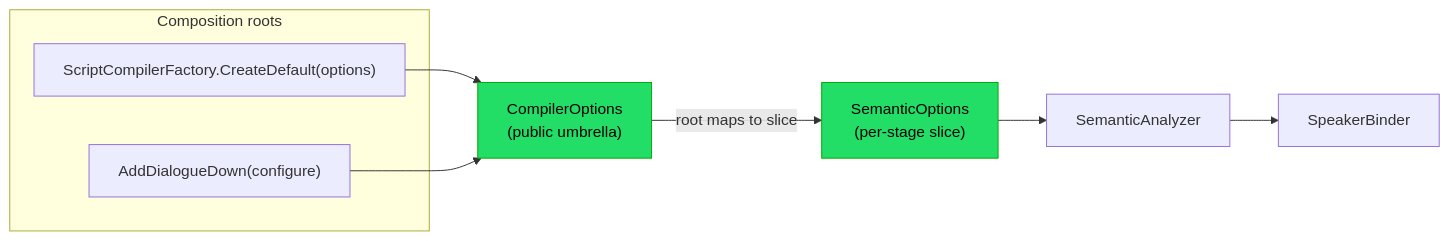
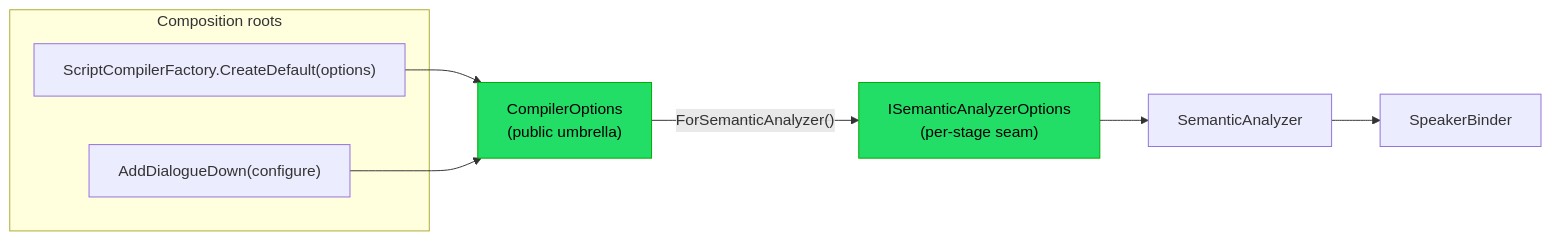
The diagram in docs/contributing/design-notes/Configuration.md (pengzhengyi/godot-dialoguedown), drawn with Mermaid before and after one commit. The commit also changed other lines of this file, not shown here.

````diff
--- a/docs/contributing/design-notes/Configuration.md
+++ b/docs/contributing/design-notes/Configuration.md
@@ -59,17 +63,17 @@
 ```mermaid
 flowchart LR
     subgraph roots["Composition roots"]
         F["ScriptCompilerFactory.CreateDefault(options)"]
         D["AddDialogueDown(configure)"]
     end
     O["CompilerOptions<br/>(public umbrella)"]
-    S["SemanticOptions<br/>(per-stage slice)"]
+    S["ISemanticAnalyzerOptions<br/>(per-stage seam)"]
     A["SemanticAnalyzer"]
     B["SpeakerBinder"]
 
     F --> O
     D --> O
-    O -->|"root maps to slice"| S --> A --> B
+    O -->|"ForSemanticAnalyzer()"| S --> A --> B
     style O fill:#2d6,stroke:#0a0,color:#000
     style S fill:#2d6,stroke:#0a0,color:#000
 ```
````
